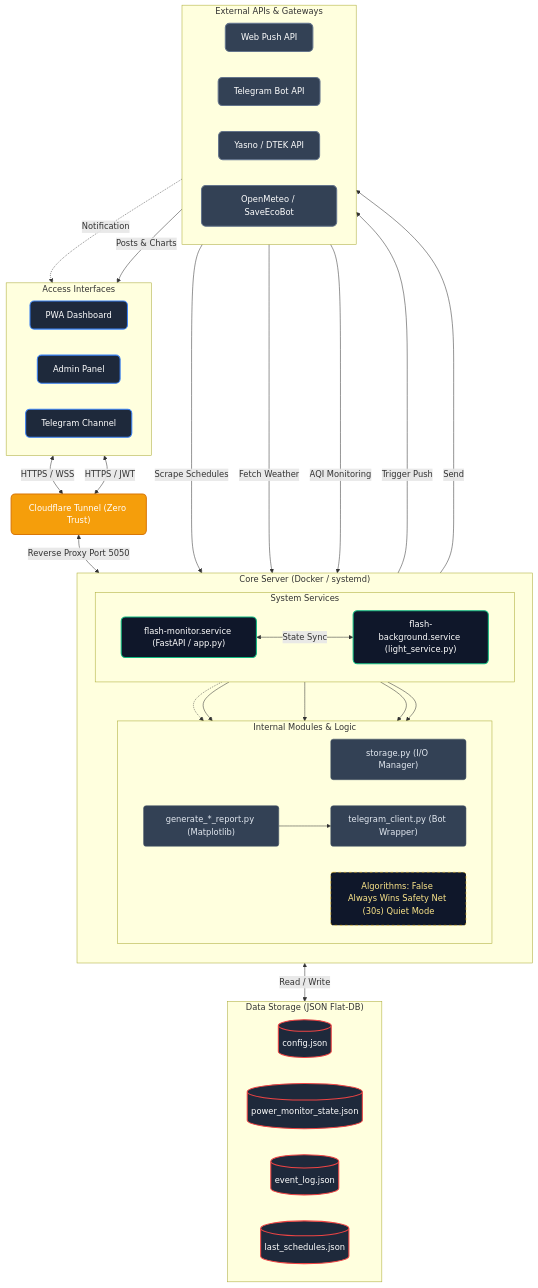
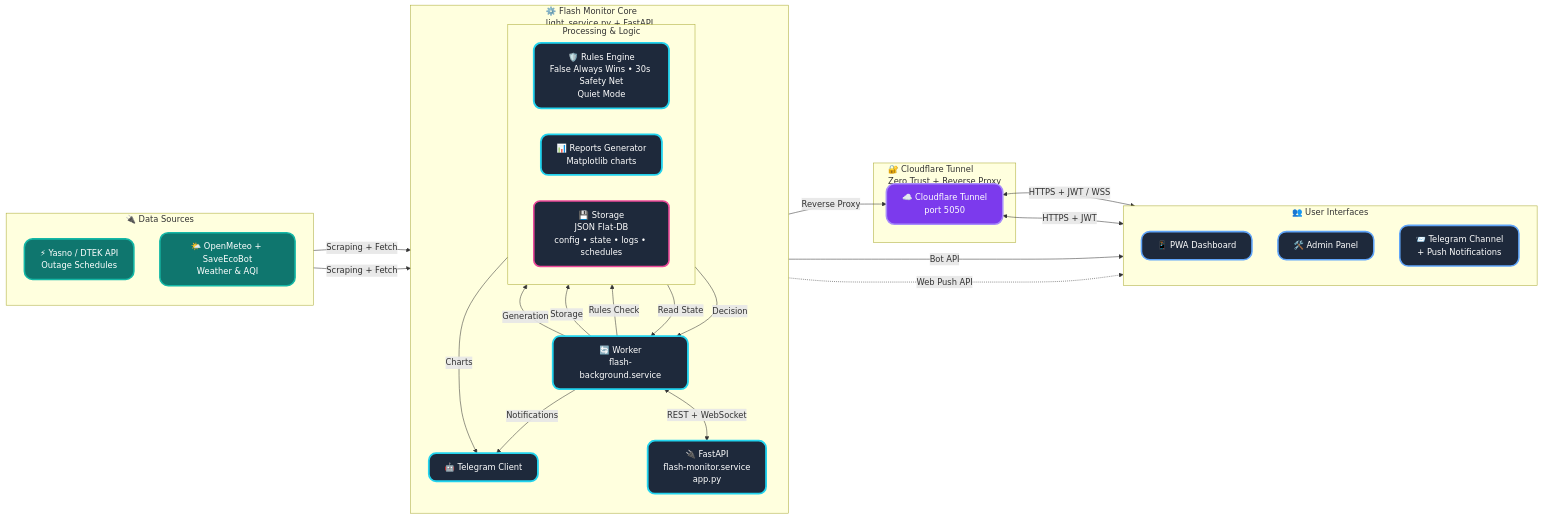
One commit to weby-homelab/flash-monitor-kyiv changed the diagram in README_ENG.md. Above: the diagram before and after it, drawn with Mermaid. The commit also changed other lines of this file and 1 other file, not shown here.

Commit message:
docs: update system architecture diagram in main branch

````diff
--- a/README_ENG.md
+++ b/README_ENG.md
@@ -57,79 +59,78 @@
 ```mermaid
-flowchart TB
- %% Colors & Styles
- classDef client fill:#1e293b,stroke:#3b82f6,stroke-width:2px,color:#fff,rx:8px,ry:8px
- classDef cloudflare fill:#f59e0b,stroke:#d97706,stroke-width:2px,color:#fff,rx:8px,ry:8px
- classDef server fill:#0f172a,stroke:#10b981,stroke-width:2px,color:#fff,rx:8px,ry:8px
- classDef module fill:#334155,stroke:#475569,stroke-width:1px,color:#e2e8f0,rx:5px,ry:5px
- classDef db fill:#1e293b,stroke:#ef4444,stroke-width:2px,color:#fff,rx:8px,ry:8px
- classDef ext_api fill:#334155,stroke:#64748b,stroke-width:2px,color:#fff,rx:8px,ry:8px
- classDef logic fill:#0f172a,stroke:#eab308,stroke-width:1px,color:#fde68a,rx:5px,ry:5px,stroke-dasharray: 5 5
+flowchart LR
+    %% ================================================
+    %% NEW CONCEPT 2026 for README.md
+    %% "End-to-End Pipeline" — dynamic data flow
+    %% Horizontal pipeline with clear direction
+    %% Clean, modern, easy to read in GitHub (dark/light themes)
+    %% ================================================
 
- subgraph TopLayer [" Access Interfaces"]
- direction LR
- PWA[" PWA Dashboard"]:::client
- Admin[" Admin Panel"]:::client
- Subscribers[" Telegram Channel"]:::client
- end
+    classDef external fill:#0f766e,stroke:#14b8a6,stroke-width:3px,color:#fff,rx:16px,ry:16px
+    classDef core fill:#1e293b,stroke:#22d3ee,stroke-width:3.5px,color:#fff,rx:14px,ry:14px
+    classDef gateway fill:#7c3aed,stroke:#a78bfa,stroke-width:3px,color:#fff,rx:16px,ry:16px
+    classDef client fill:#1e293b,stroke:#60a5fa,stroke-width:3px,color:#fff,rx:16px,ry:16px
+    classDef db fill:#1e293b,stroke:#ec4899,stroke-width:3px,color:#fff,rx:12px,ry:12px
 
- CF[" Cloudflare Tunnel (Zero Trust)"]:::cloudflare
+    %% ====================== LEFT SIDE: DATA SOURCES ======================
+    subgraph External ["🔌 Data Sources"]
+        direction TB
+        Energy["⚡ Yasno / DTEK API<br>Outage Schedules"]:::external
+        Meteo["🌤️ OpenMeteo + SaveEcoBot<br>Weather & AQI"]:::external
+    end
 
- PWA <-->|HTTPS / WSS| CF
- Admin <-->|HTTPS / JWT| CF
+    %% ====================== CENTER: CORE PIPELINE ======================
+    subgraph Core ["⚙️ Flash Monitor Core<br>light_service.py + FastAPI"]
+        direction TB
 
- subgraph CoreLayer [" Core Server (Docker / systemd)"]
- direction TB
+        Worker["🔄 Worker<br>flash-background.service"]:::core
 
- subgraph Services [" System Services"]
- direction LR
- API[" flash-monitor.service (FastAPI / app.py)"]:::server
- Worker[" flash-background.service (light_service.py)"]:::server
- end
+        subgraph Processing ["Processing & Logic"]
+            direction LR
+            Rules["🛡️ Rules Engine<br>False Always Wins • 30s Safety Net<br>Quiet Mode"]:::core
+            Reports["📊 Reports Generator<br>Matplotlib charts"]:::core
+            Storage["💾 Storage<br>JSON Flat-DB<br>config • state • logs • schedules"]:::db
+        end
 
- subgraph Modules [" Internal Modules & Logic"]
- direction LR
- Storage["storage.py (I/O Manager)"]:::module
- Reports["generate_*_report.py (Matplotlib)"]:::module
- TgClient["telegram_client.py (Bot Wrapper)"]:::module
- Rules[" Algorithms: False Always Wins Safety Net (30s) Quiet Mode"]:::logic
- end
+        API["🔌 FastAPI<br>flash-monitor.service<br>app.py"]:::core
+        TgClient["🤖 Telegram Client"]:::core
+    end
 
- API <-->|State Sync| Worker
- Worker -.-> Rules
- Worker --> Reports
- Worker --> TgClient
- Reports --> TgClient
- API --> Storage
- Worker --> Storage
- end
+    %% ====================== GATEWAY ======================
+    subgraph Gateway ["🔐 Cloudflare Tunnel<br>Zero Trust + Reverse Proxy"]
+        CF["☁️ Cloudflare Tunnel<br>port 5050"]:::gateway
+    end
 
- CF <-->|Reverse Proxy Port 5050| API
+    %% ====================== RIGHT SIDE: CLIENTS ======================
+    subgraph Clients ["👥 User Interfaces"]
+        direction TB
+        PWA["📱 PWA Dashboard"]:::client
+        Admin["🛠️ Admin Panel"]:::client
+        Telegram["📨 Telegram Channel<br>+ Push Notifications"]:::client
+    end
 
- subgraph DataLayer [" Data Storage (JSON Flat-DB)"]
- direction LR
- Config[("config.json")]:::db
- State[("power_monitor_state.json")]:::db
- Logs[("event_log.json")]:::db
- Sched[("last_schedules.json")]:::db
- end
+    %% ====================== DATA FLOW (Main Trunk) ======================
+    Energy & Meteo -->|Scraping + Fetch| Worker
 
- Storage <-->|Read / Write| DataLayer
+    Worker -->|Rules Check| Rules
+    Rules -->|Decision| Worker
 
- subgraph ExternalLayer [" External APIs & Gateways"]
- direction LR
- PushAPI[" Web Push API"]:::ext_api
- TgAPI[" Telegram Bot API"]:::ext_api
- Energy[" Yasno / DTEK API"]:::ext_api
- Meteo[" OpenMeteo / SaveEcoBot"]:::ext_api
- end
+    Worker -->|Storage| Storage
+    Storage -->|Read State| Worker
 
- API -->|Trigger Push| PushAPI
- PushAPI -.->|Notification| PWA
- 
- TgClient -->|Send| TgAPI
- TgAPI -->|Posts & Charts| Subscribers
- 
- Energy -->|Scrape Schedules| Worker
- Meteo -->|Fetch Weather| API
- Meteo -->|AQI Monitoring| Worker
+    Worker -->|Generation| Reports
+    Worker -->|Notifications| TgClient
+    Reports -->|Charts| TgClient
+
+    Worker <-->|REST + WebSocket| API
+
+    API -->|Reverse Proxy| CF
+    CF <-->|HTTPS + JWT / WSS| PWA
+    CF <-->|HTTPS + JWT| Admin
+    TgClient -->|Bot API| Telegram
+
+    %% Additional push notifications
+    API -.->|Web Push API| PWA
+
+    %% ====================== Subgraph Title Style ======================
+    classDef subgraphTitle fill:#0f172a,stroke:none,color:#64748b,font-size:15px
 ```
````
